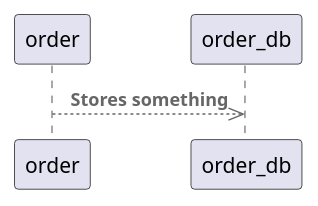
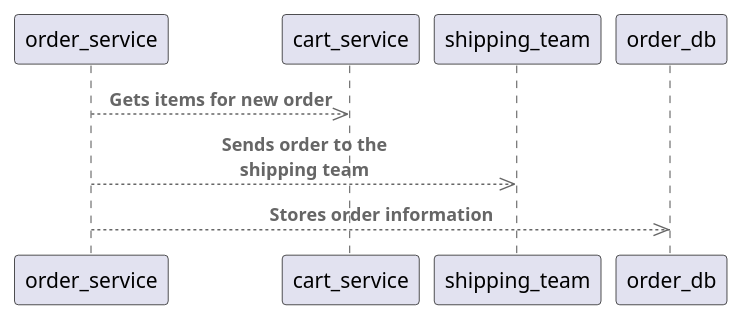
The diagram in resources/diagrams/order_relations.puml (acme-corp-tech/order), drawn with PlantUML before and after one commit. The commit also changed 1 other file, not shown here.

Commit message:
Update diagrams

```diff
--- a/resources/diagrams/order_relations.puml
+++ b/resources/diagrams/order_relations.puml
@@ -1,6 +1,8 @@
 @startuml "order_relations"
 !include https://raw.githubusercontent.com/plantuml-stdlib/C4-PlantUML/master/C4_Container.puml
 
-Rel(order, order_db, "Stores something")
+Rel(order_service, cart_service, "Gets items for new order")
+Rel(order_service, shipping_team, "Sends order to the shipping team")
+Rel(order_service, order_db, "Stores order information")
 
 @enduml
```
